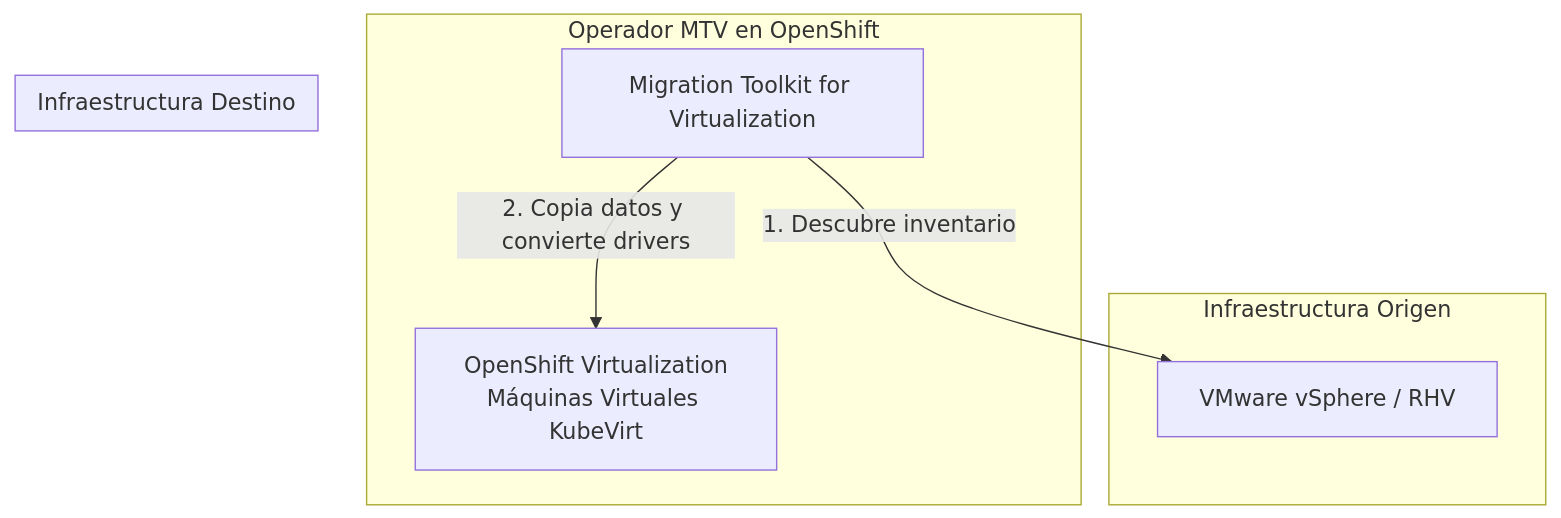
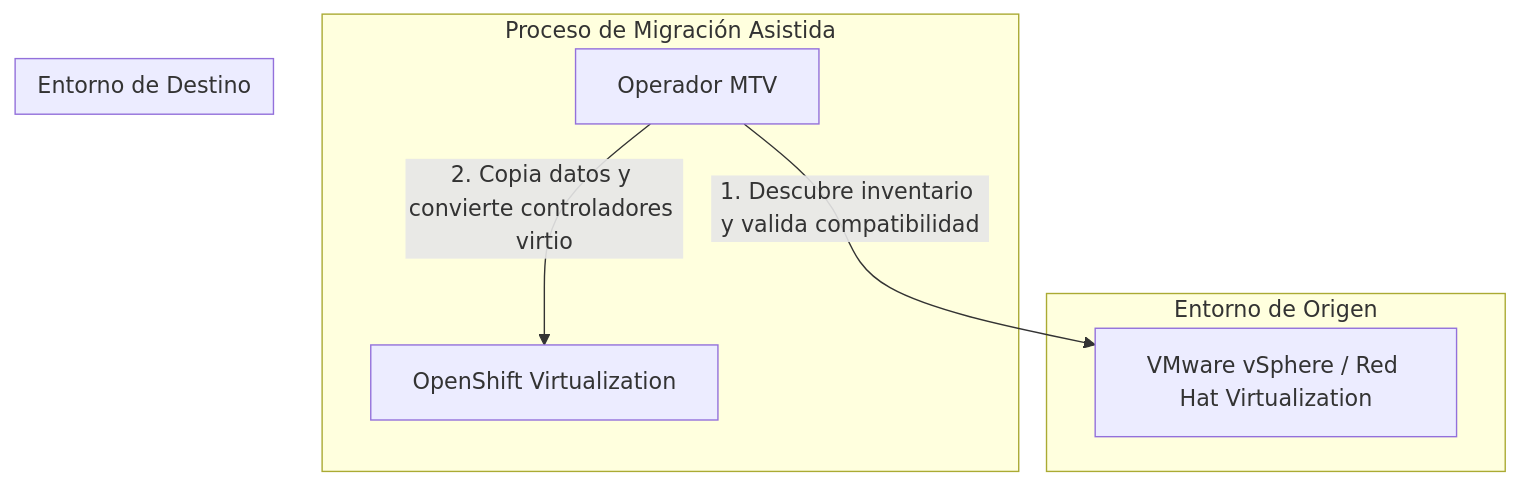
Before and after one commit to ieftraining/curso-openshift: the fourth of 4 diagrams in docs/sesion4/4.8 Openshift Virtualization.md, drawn with Mermaid. The commit also changed other lines of this file, not shown here.

````diff
--- a/docs/sesion4/4.8 Openshift Virtualization.md
+++ b/docs/sesion4/4.8 Openshift Virtualization.md
@@ -212,15 +122,15 @@
 ```mermaid
 flowchart TD
-    subgraph Infraestructura Origen
-        VS[VMware vSphere / RHV]
+    subgraph Entorno de Origen
+        VWA[VMware vSphere / Red Hat Virtualization]
     end
 
-    subgraph Operador MTV en OpenShift
-        MTV[Migration Toolkit for Virtualization] -->|1. Descubre inventario| VS
-        MTV -->|2. Copia datos y convierte drivers| OCP_VIRT
+    subgraph Proceso de Migración Asistida
+        MTV[Operador MTV] -->|1. Descubre inventario y valida compatibilidad| VWA
+        MTV -->|2. Copia datos y convierte controladores virtio| OCP
     end
 
-    subgraph Infraestructura Destino
-        OCP_VIRT[OpenShift Virtualization<br>Máquinas Virtuales KubeVirt]
+    subgraph Entorno de Destino
+        OCP[OpenShift Virtualization]
     end
 ```
````
